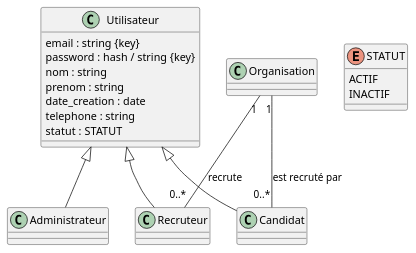
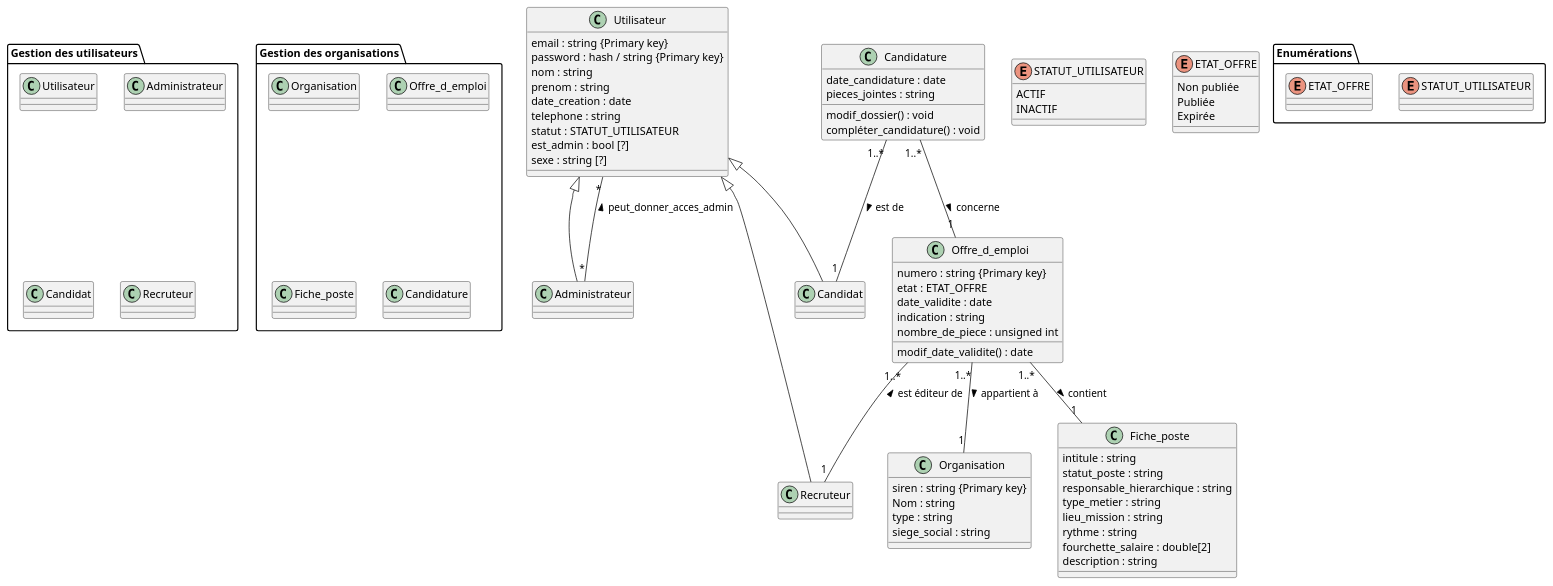
One commit to sacha-sz/UTC-SR10 changed the diagram in MLD.pu. Above: the diagram before and after it, drawn with PlantUML.

```diff
--- a/MLD.pu
+++ b/MLD.pu
@@ -1,33 +1,100 @@
 @startuml
 
+package "Gestion des utilisateurs" {
+    class Utilisateur
+    class Administrateur
+    class Candidat
+    class Recruteur
+}
+
+package "Gestion des organisations" {
+    class Organisation
+    class Offre_d_emploi
+    class Fiche_poste
+    class Candidature
+}
+
+
+package "Enumérations" {
+    enum STATUT_UTILISATEUR
+    enum ETAT_OFFRE
+}
+
 class Utilisateur {
-    email : string {key}
-    password : hash / string {key}
+    email : string {Primary key}
+    password : hash / string {Primary key}
     nom : string 
     prenom : string
     date_creation : date
     telephone : string
-    statut : STATUT
-}
-
-enum STATUT {
-    ACTIF
-    INACTIF
+    statut : STATUT_UTILISATEUR
+    est_admin : bool [?]
+    sexe : string [?]
 }
 
 class Administrateur {}
 class Candidat {}
 class Recruteur {}
 
 Utilisateur <|-- Administrateur
 Utilisateur <|-- Candidat
 Utilisateur <|-- Recruteur
 
+Administrateur "*"-- "*" Utilisateur : peut_donner_acces_admin >
+
 class Organisation {
+    siren : string {Primary key}
+    Nom : string
+    type : string
+    siege_social : string
 }
 
-Organisation "1" -- "0..*" Recruteur : recrute
-Organisation "1" -- "0..*" Candidat : est recruté par
+class Offre_d_emploi {
+    numero : string {Primary key}
+    etat : ETAT_OFFRE
+    date_validite : date
+    indication : string
+    nombre_de_piece : unsigned int
+    modif_date_validite() : date
+}
+
+class Fiche_poste {
+    intitule : string
+    statut_poste : string
+    responsable_hierarchique : string
+    type_metier : string
+    lieu_mission : string
+    rythme : string
+    fourchette_salaire : double[2]
+    description : string
+}
 
 
+
+Offre_d_emploi "1..*" -- "1" Organisation : appartient à >
+Offre_d_emploi "1..*" -- "1" Fiche_poste : contient >
+Offre_d_emploi "1..*" -- "1" Recruteur : est éditeur de <
+
+
+class Candidature {
+    date_candidature : date
+    pieces_jointes : string
+    modif_dossier() : void
+    compléter_candidature() : void
+}
+
+Candidature "1..*" -- "1" Offre_d_emploi : concerne >
+Candidature "1..*" -- "1" Candidat : est de >
+
+
+enum STATUT_UTILISATEUR {
+    ACTIF
+    INACTIF
+}
+
+enum ETAT_OFFRE {
+    Non publiée
+    Publiée
+    Expirée
+}
 @enduml
```
